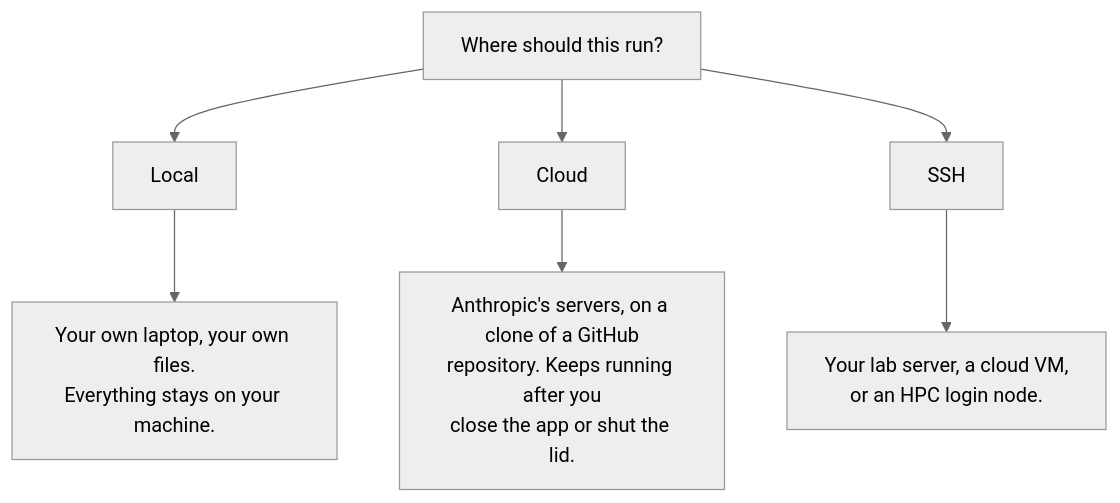
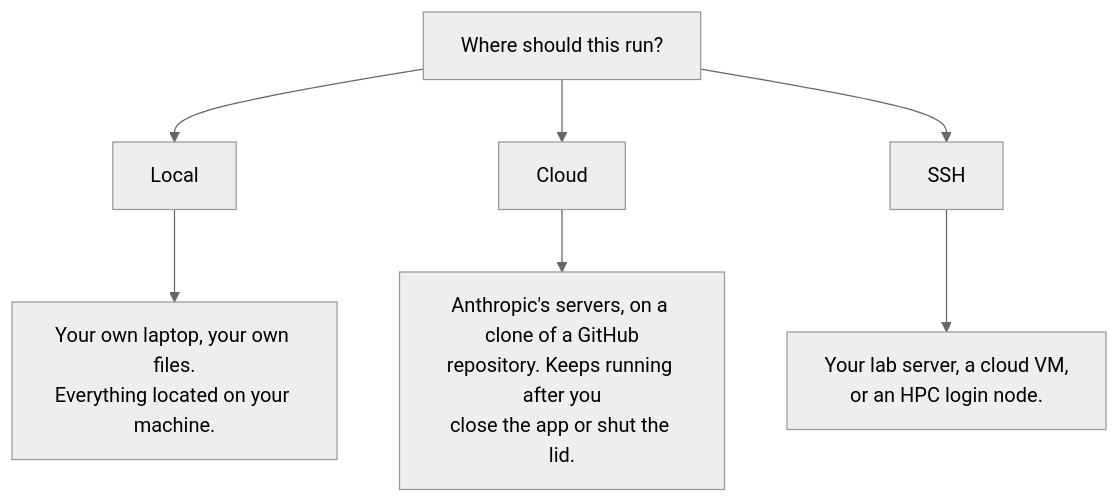
The fourth of 5 diagrams in Intro_to_Agentic_Workflows_for_Researchers/CLAUDE_CODE_FOR_RESEARCHERS.md (GDS-Education-Community-of-Practice/DSECOP), drawn with Mermaid (neutral theme) before and after one commit.

Commit message:
Update CLAUDE_CODE_FOR_RESEARCHERS.md
minor wording clarification about file location

````diff
--- a/Intro_to_Agentic_Workflows_for_Researchers/CLAUDE_CODE_FOR_RESEARCHERS.md
+++ b/Intro_to_Agentic_Workflows_for_Researchers/CLAUDE_CODE_FOR_RESEARCHERS.md
@@ -394,9 +394,9 @@
 ```mermaid
 flowchart TD
     S["Where should this run?"] --> L["Local"]
     S --> C["Cloud"]
     S --> H["SSH"]
-    L --> L1["Your own laptop, your own files.<br>Everything stays on your machine."]
+    L --> L1["Your own laptop, your own files.<br>Everything located on your machine."]
     C --> C1["Anthropic's servers, on a clone of a GitHub<br>repository. Keeps running after you<br>close the app or shut the lid."]
     H --> H1["Your lab server, a cloud VM,<br>or an HPC login node."]
 ```
````
